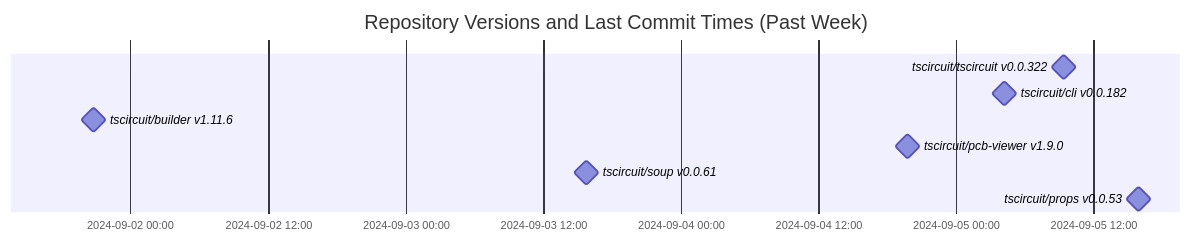
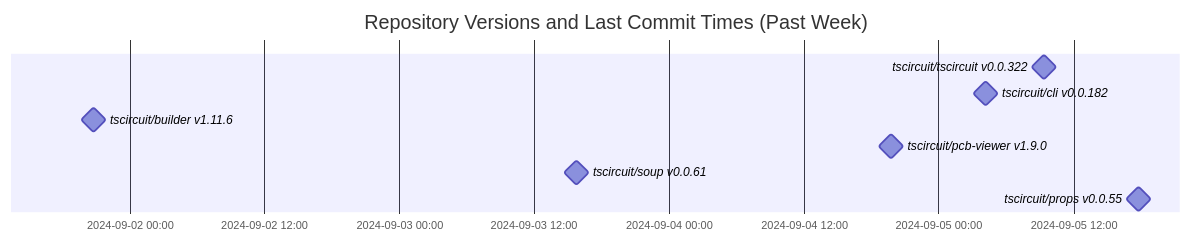
One commit to tscircuit/version-tracker changed the diagram in README.md. Above: the diagram before and after it, drawn with Mermaid.

Commit message:
Update chart

````diff
--- a/README.md
+++ b/README.md
@@ -1,13 +1,13 @@
 ```mermaid
 gantt
   dateFormat  YYYY-MM-DD HH:mm:ss
   title Repository Versions and Last Commit Times (Past Week)
   axisFormat %Y-%m-%d %H:%M
 
   tscircuit/tscircuit v0.0.322 : milestone, 2024-09-05 09:22:41, 1s
   tscircuit/cli v0.0.182 : milestone, 2024-09-05 04:10:53, 1s
   tscircuit/builder v1.11.6 : milestone, 2024-09-01 20:47:46, 1s
   tscircuit/pcb-viewer v1.9.0 : milestone, 2024-09-04 19:45:38, 1s
   tscircuit/soup v0.0.61 : milestone, 2024-09-03 15:44:43, 1s
-  tscircuit/props v0.0.53 : milestone, 2024-09-05 15:54:32, 1s
+  tscircuit/props v0.0.55 : milestone, 2024-09-05 17:48:27, 1s
 ```
````
